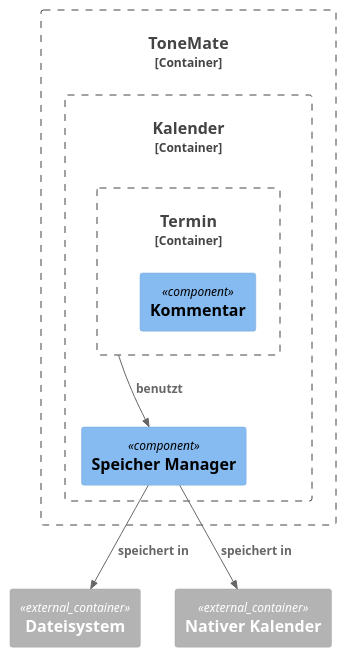
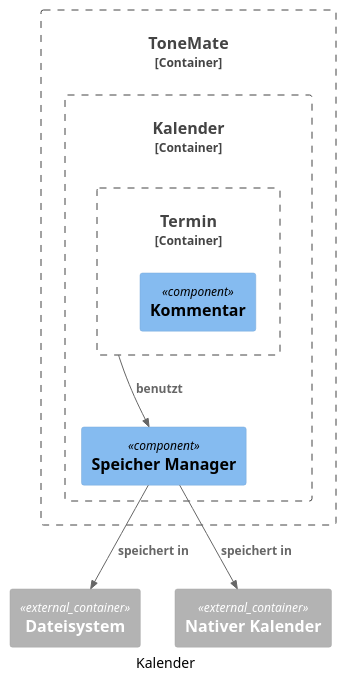
Before and after one commit to BB223/sw-architecture: the fifth of 5 diagrams in src/05_building_block_view.adoc, drawn with PlantUML. The commit also changed other lines of this file, not shown here.

```diff
--- a/src/05_building_block_view.adoc
+++ b/src/05_building_block_view.adoc
@@ -276,23 +284,25 @@
 [plantuml]
 ....
 @startuml
 !include <C4/C4_Component>
+
+caption Kalender
 
 Container_Boundary(toneMate, "ToneMate") {
     Container_Boundary(kalender, "Kalender") {
         Container_Boundary(termin, "Termin") {
             Component(kommentar, "Kommentar")
         }
         Component(speicherManager, "Speicher Manager")
 
         Rel(termin, speicherManager, "benutzt")
     }
 }
 Container_Ext(dateiSystem, "Dateisystem")
 Container_Ext(kalenderExt, "Nativer Kalender")
 
 Rel(speicherManager, dateiSystem, "speichert in")
 Rel(speicherManager, kalenderExt, "speichert in")
 
 @enduml
 ....
```
